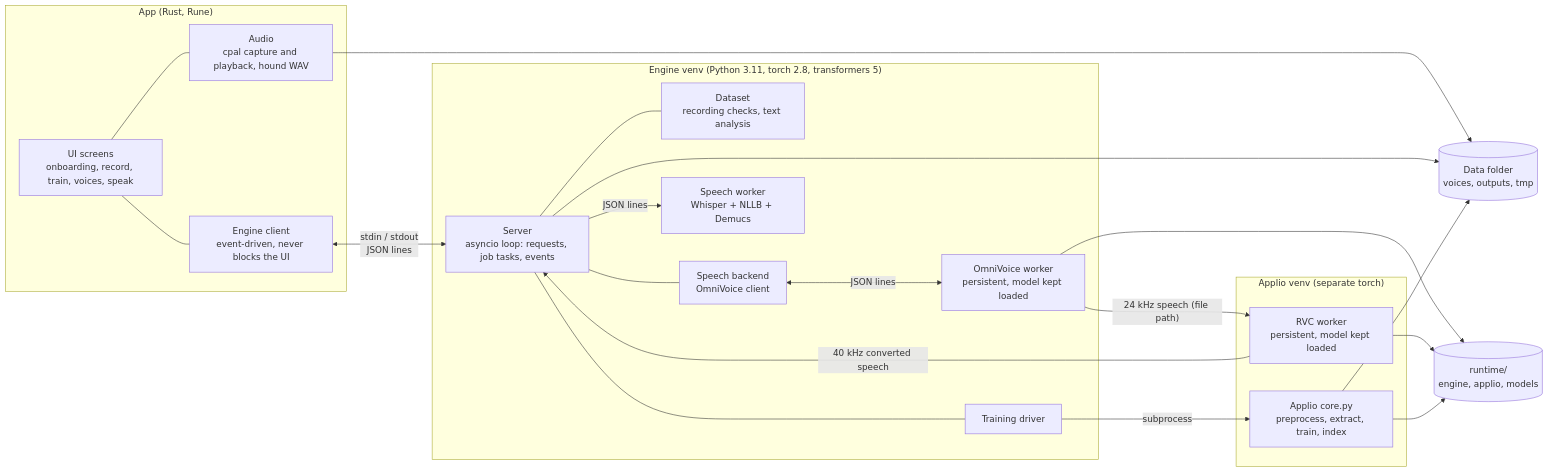
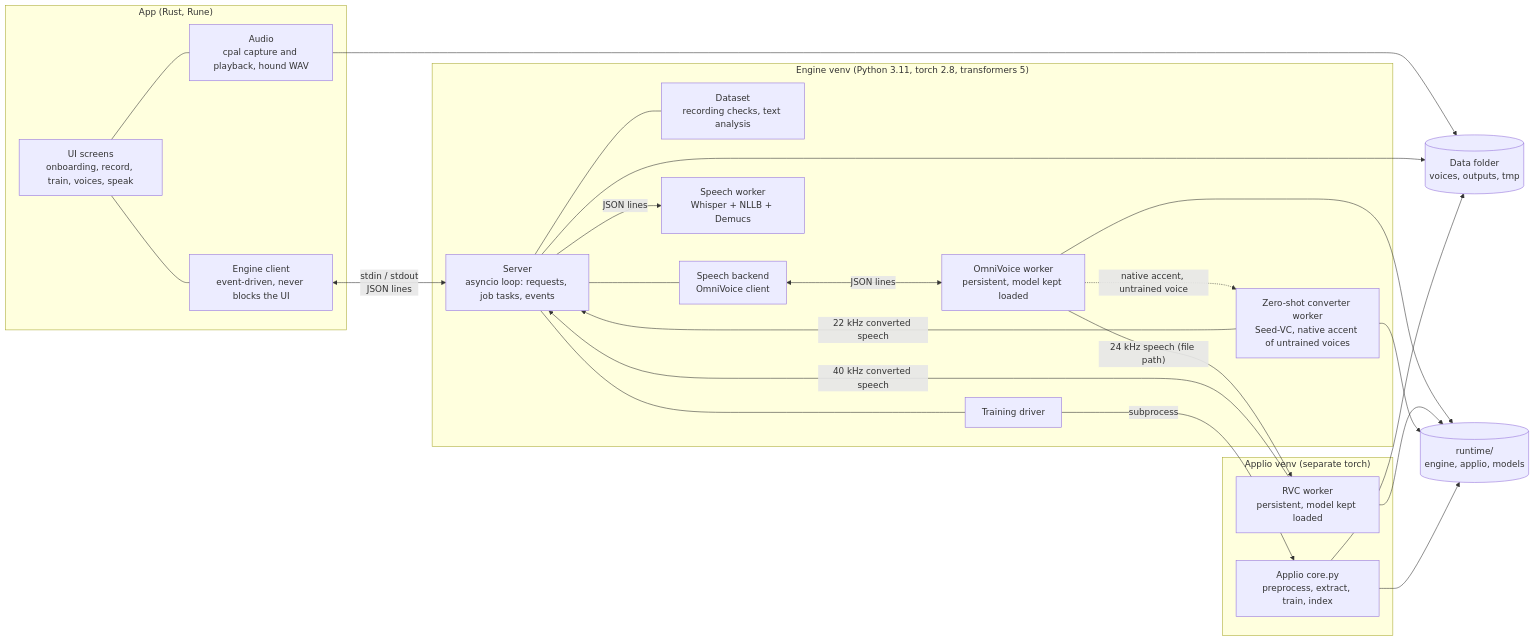
The diagram in docs/architecture.md (tarpetos/mimvox), drawn with Mermaid before and after one commit. The commit also changed other lines of this file and 21 other files, not shown here.

````diff
--- a/docs/architecture.md
+++ b/docs/architecture.md
@@ -12,43 +13,47 @@
 ```mermaid
 flowchart LR
     subgraph APP["App (Rust, Rune)"]
         UI["UI screens<br/>onboarding, record, train, voices, speak"]
         AUD["Audio<br/>cpal capture and playback, hound WAV"]
         CLI["Engine client<br/>event-driven, never blocks the UI"]
         UI --- AUD
         UI --- CLI
     end
 
     subgraph ENG["Engine venv (Python 3.11, torch 2.8, transformers 5)"]
         SRV["Server<br/>asyncio loop: requests, job tasks, events"]
         DS["Dataset<br/>recording checks, text analysis"]
         TTS["Speech backend<br/>OmniVoice client"]
         TRN["Training driver"]
         OVW["OmniVoice worker<br/>persistent, model kept loaded"]
         SPW["Speech worker<br/>Whisper + NLLB + Demucs"]
+        ZSW["Zero-shot converter worker<br/>Seed-VC, native accent of untrained voices"]
         SRV --- DS
         SRV --- TTS
         SRV --- TRN
     end
 
     subgraph RVC["Applio venv (separate torch)"]
         WRK["RVC worker<br/>persistent, model kept loaded"]
         PRE["Applio core.py<br/>preprocess, extract, train, index"]
     end
 
     DATA[("Data folder<br/>voices, outputs, tmp")]
     MODELS[("runtime/<br/>engine, applio, models")]
 
     CLI <-- "stdin / stdout<br/>JSON lines" --> SRV
     TTS <-- "JSON lines" --> OVW
     OVW -- "24 kHz speech (file path)" --> WRK
     WRK -- "40 kHz converted speech" --> SRV
     TRN -- "subprocess" --> PRE
     SRV -- "JSON lines" --> SPW
+    OVW -. "native accent, untrained voice" .-> ZSW
+    ZSW -- "22 kHz converted speech" --> SRV
     AUD --> DATA
     SRV --> DATA
     PRE --> DATA
     OVW --> MODELS
     WRK --> MODELS
+    ZSW --> MODELS
     PRE --> MODELS
 ```
````
